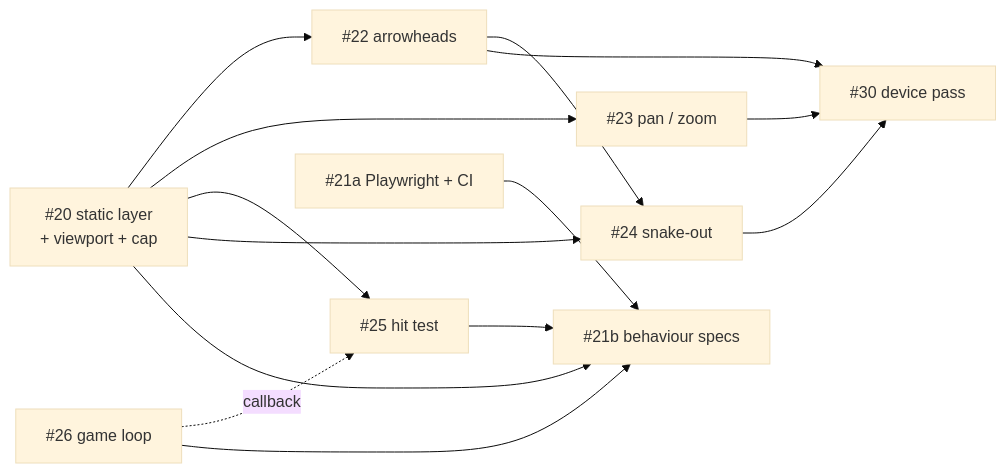
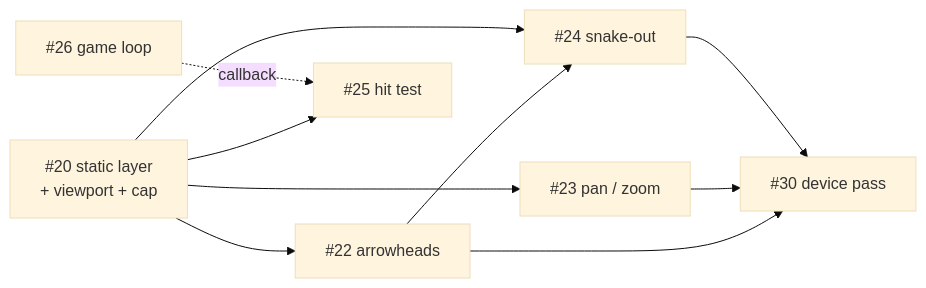
The diagram in docs/M3-SEQUENCING.md (bencan1a/mazeGame), drawn with Mermaid (base theme) before and after one commit. The commit also changed other lines of this file, not shown here.

````diff
--- a/docs/M3-SEQUENCING.md
+++ b/docs/M3-SEQUENCING.md
@@ -29,16 +29,12 @@
 ```mermaid
 graph LR
   20[#20 static layer<br/>+ viewport + cap] --> 22[#22 arrowheads]
   20 --> 23[#23 pan / zoom]
   20 --> 25[#25 hit test]
   22 --> 24[#24 snake-out]
   20 --> 24
   26[#26 game loop] -.callback.-> 25
-  21a[#21a Playwright + CI] --> 21b[#21b behaviour specs]
-  25 --> 21b
-  26 --> 21b
-  20 --> 21b
   22 --> 30[#30 device pass]
   23 --> 30
   24 --> 30
 ```
````
